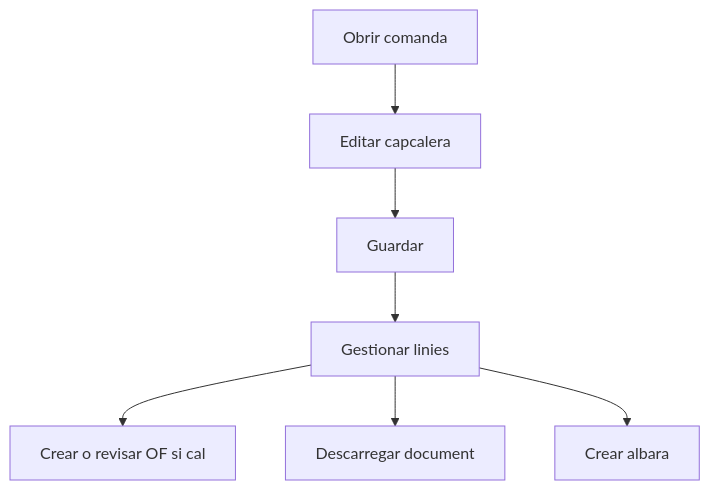
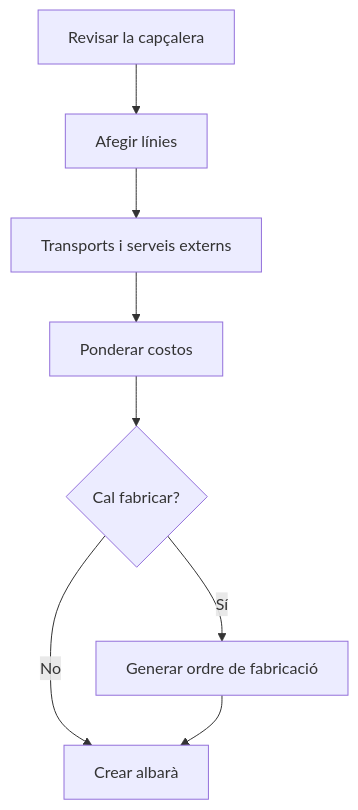
The diagram in frontend/src/help/ca/sales/salesorder/detail.md (MGurtD/lilith), drawn with Mermaid before and after one commit. The commit also changed other lines of this file and 331 other files, not shown here.

````diff
--- a/frontend/src/help/ca/sales/salesorder/detail.md
+++ b/frontend/src/help/ca/sales/salesorder/detail.md
@@ -41,9 +57,10 @@
 ```mermaid
 flowchart TD
-    A[Obrir comanda] --> B[Editar capcalera]
-    B --> C[Guardar]
-    C --> D[Gestionar linies]
-    D --> E[Crear o revisar OF si cal]
-    D --> F[Descarregar document]
-    D --> G[Crear albara]
+    A[Revisar la capçalera] --> B[Afegir línies]
+    B --> C[Transports i serveis externs]
+    C --> D[Ponderar costos]
+    D --> E{Cal fabricar?}
+    E -->|Sí| F[Generar ordre de fabricació]
+    E -->|No| G[Crear albarà]
+    F --> G
 ```
````
